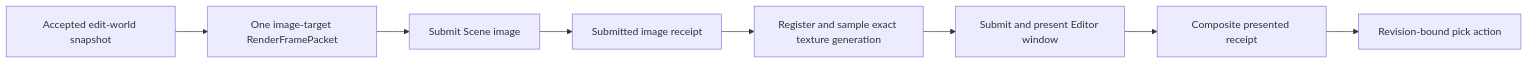
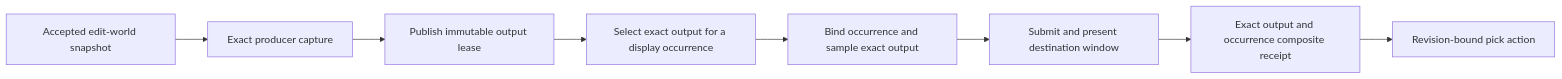
Before and after one commit to Latias94/nara: the diagram in docs/architecture/adr/0111-editor-scene-view-execution-and-picking-authority.md, drawn with Mermaid. The commit also changed other lines of this file and 55 other files, not shown here.

First line of the commit message:
refactor(render): own immutable image outputs and producer lifetimes

````diff
--- a/docs/architecture/adr/0111-editor-scene-view-execution-and-picking-authority.md
+++ b/docs/architecture/adr/0111-editor-scene-view-execution-and-picking-authority.md
@@ -39,14 +53,14 @@
 ```mermaid
 flowchart LR
     Snapshot[Accepted edit-world snapshot]
-    Candidate[One image-target RenderFramePacket]
-    SceneSubmit[Submit Scene image]
-    ImageReceipt[Submitted image receipt]
-    Egui[Register and sample exact texture generation]
-    Window[Submit and present Editor window]
-    Composite[Composite presented receipt]
+    Candidate[Exact producer capture]
+    Output[Publish immutable output lease]
+    Display[Select exact output for a display occurrence]
+    Toolkit[Bind occurrence and sample exact output]
+    Window[Submit and present destination window]
+    Composite[Exact output and occurrence composite receipt]
     Pick[Revision-bound pick action]
 
-    Snapshot --> Candidate --> SceneSubmit --> ImageReceipt --> Egui --> Window --> Composite
+    Snapshot --> Candidate --> Output --> Display --> Toolkit --> Window --> Composite
     Composite --> Pick
 ```
````
